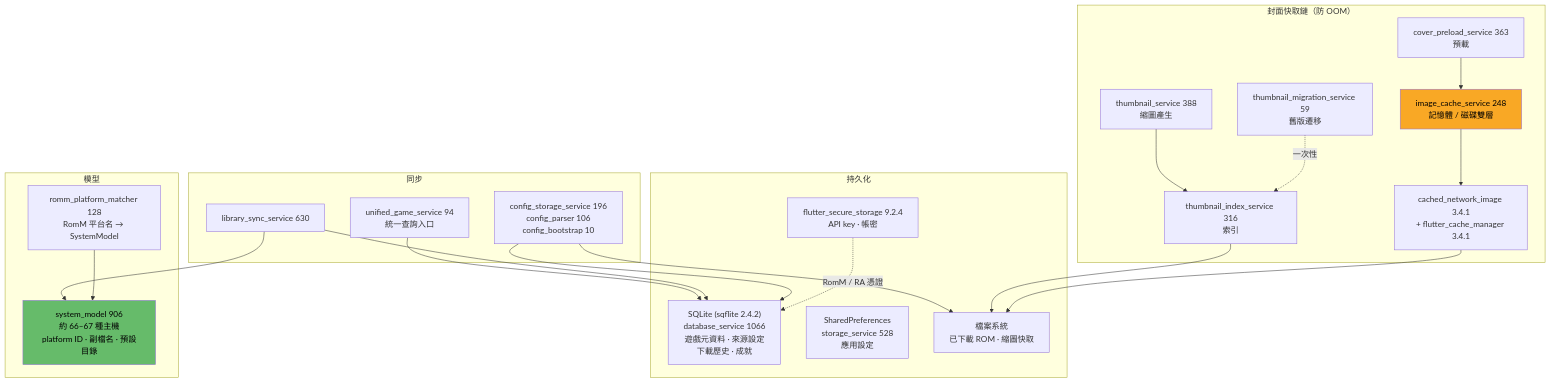
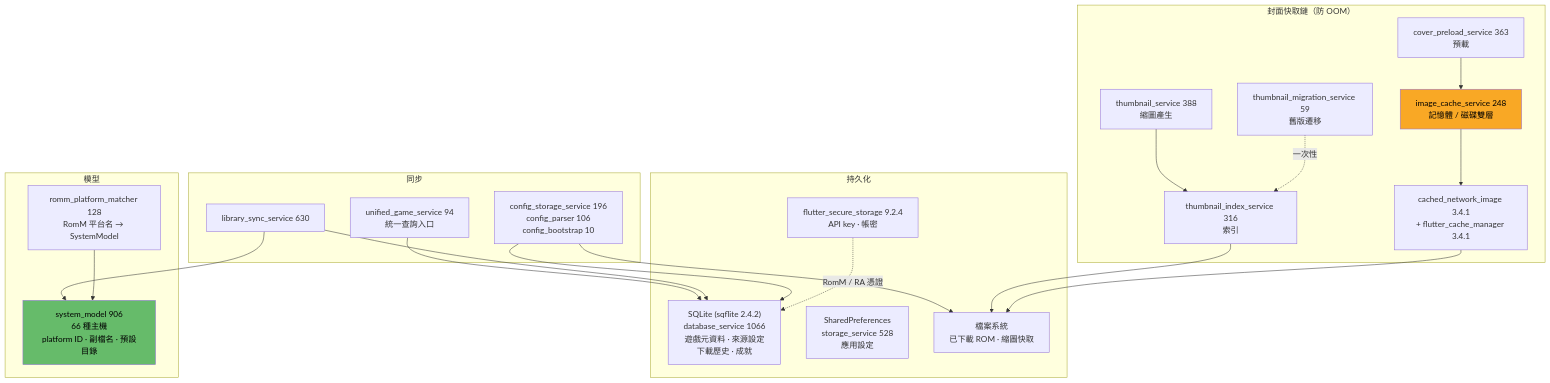
One commit to AverageConsumer/R-Shop changed the eighth of 12 diagrams in docs/ARCHITECTURE.md. Above: the diagram before and after it, drawn with Mermaid. The commit also changed other lines of this file and 13 other files, not shown here.

````diff
--- a/docs/ARCHITECTURE.md
+++ b/docs/ARCHITECTURE.md
@@ -389,48 +389,48 @@
 ```mermaid
 graph TB
     subgraph PERSIST["持久化"]
         SQL["SQLite (sqflite 2.4.2)<br/>database_service 1066<br/>遊戲元資料 · 來源設定<br/>下載歷史 · 成就"]
         SP["SharedPreferences<br/>storage_service 528<br/>應用設定"]
         SEC["flutter_secure_storage 9.2.4<br/>API key · 帳密"]
         FILES["檔案系統<br/>已下載 ROM · 縮圖快取"]
     end
 
     subgraph CACHE["封面快取鏈（防 OOM）"]
         CNI["cached_network_image 3.4.1<br/>+ flutter_cache_manager 3.4.1"]
         ICS["image_cache_service 248<br/>記憶體 / 磁碟雙層"]
         CPS["cover_preload_service 363<br/>預載"]
         TS["thumbnail_service 388<br/>縮圖產生"]
         TIS["thumbnail_index_service 316<br/>索引"]
         TMS["thumbnail_migration_service 59<br/>舊版遷移"]
     end
 
     subgraph SYNC["同步"]
         LSS["library_sync_service 630"]
         UGS["unified_game_service 94<br/>統一查詢入口"]
         CSS["config_storage_service 196<br/>config_parser 106<br/>config_bootstrap 10"]
     end
 
     subgraph MODELS["模型"]
-        SM["system_model 906<br/>約 66–67 種主機<br/>platform ID · 副檔名 · 預設目錄"]
+        SM["system_model 906<br/>66 種主機<br/>platform ID · 副檔名 · 預設目錄"]
         RPM["romm_platform_matcher 128<br/>RomM 平台名 → SystemModel"]
     end
 
     UGS --> SQL
     LSS --> SQL
     LSS --> SM
     RPM --> SM
     CSS --> SQL
     CSS --> FILES
 
     TS --> TIS
     TIS --> FILES
     CPS --> ICS
     ICS --> CNI
     CNI --> FILES
     TMS -.->|"一次性"| TIS
 
     SEC -.->|"RomM / RA 憑證"| SQL
 
     style SM fill:#66bb6a,color:#000
     style ICS fill:#f9a825,color:#000
 ```
````
